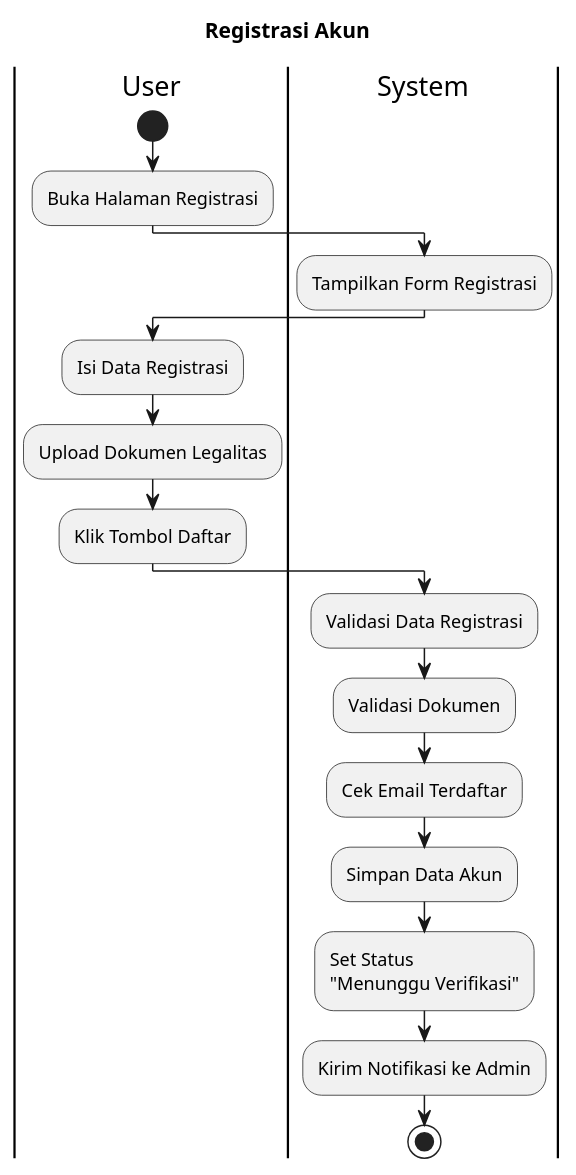
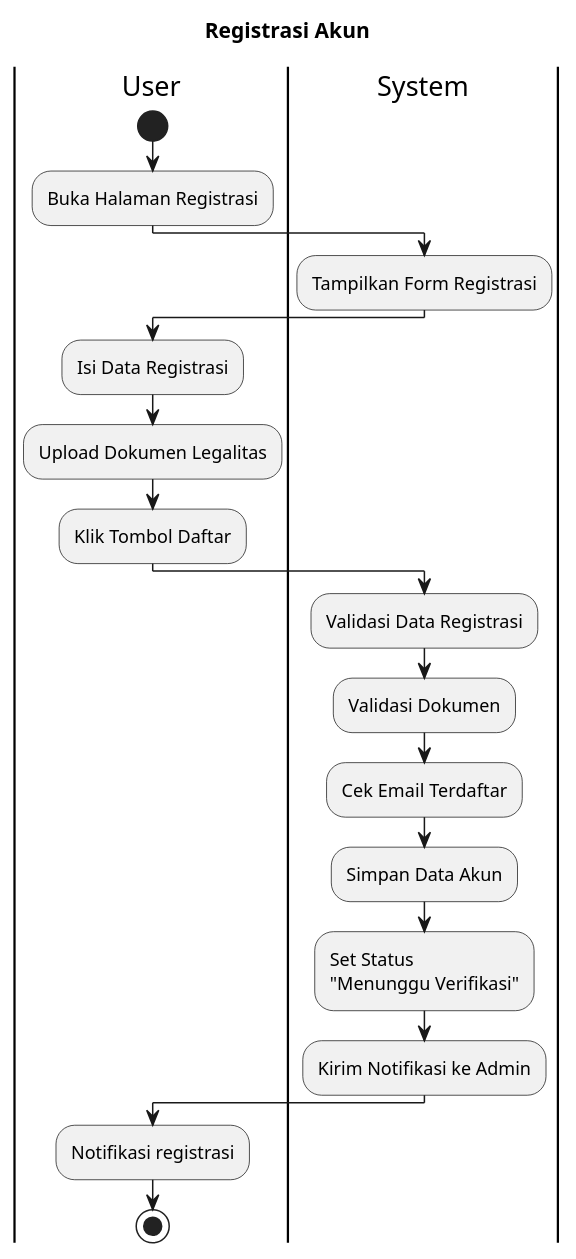
Before and after one commit to ncip48/RPL: the diagram in activity diagram/register.puml, drawn with PlantUML. The commit also changed 3 other files, not shown here.

```diff
--- a/activity diagram/register.puml
+++ b/activity diagram/register.puml
@@ -1,25 +1,28 @@
 @startuml
 title Registrasi Akun
 
 |User|
 start
 :Buka Halaman Registrasi;
 
 |System|
 :Tampilkan Form Registrasi;
 
 |User|
 :Isi Data Registrasi;
 :Upload Dokumen Legalitas;
 :Klik Tombol Daftar;
 
 |System|
 :Validasi Data Registrasi;
 :Validasi Dokumen;
 :Cek Email Terdaftar;
 :Simpan Data Akun;
 :Set Status\n"Menunggu Verifikasi";
 :Kirim Notifikasi ke Admin;
 
+|User|
+:Notifikasi registrasi;
+
 stop
 @enduml
```
